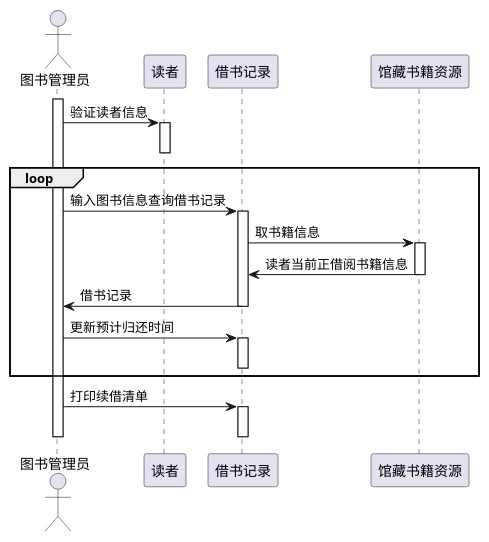
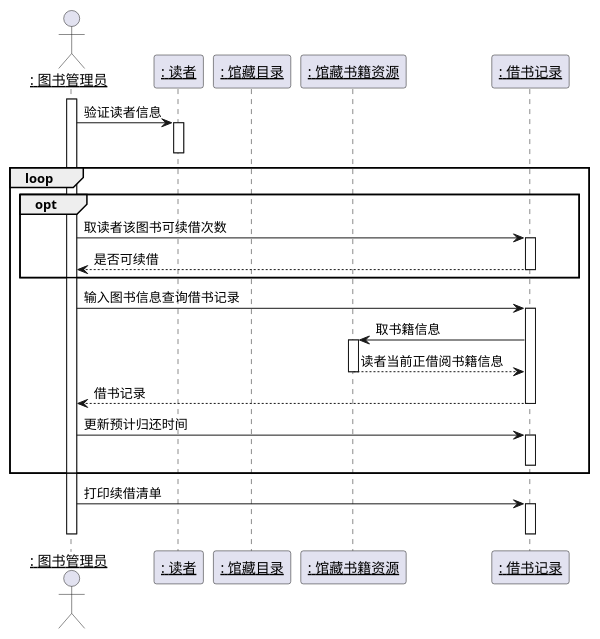
Before and after one commit to 915936476/is_analysis-3: the diagram in test4/续借图书.puml, drawn with PlantUML. The commit also changed 14 other files, not shown here.

```diff
--- a/test4/续借图书.puml
+++ b/test4/续借图书.puml
@@ -1,24 +1,35 @@
 @startuml
-actor 图书管理员
+actor ": 图书管理员" as 图书管理员
+participant ": 读者" as 读者
+participant ": 馆藏目录" as 馆藏目录
+participant ": 馆藏书籍资源" as 馆藏书籍资源
+participant ": 借书记录" as 借书记录
+skinparam sequenceParticipant underline
 activate 图书管理员
 图书管理员->读者:验证读者信息
 activate 读者
 deactivate 读者
 loop
+opt
+图书管理员->借书记录:取读者该图书可续借次数
+activate 借书记录
+借书记录-->图书管理员:是否可续借
+deactivate 借书记录
+end
 图书管理员->借书记录:输入图书信息查询借书记录
 activate 借书记录
 借书记录->馆藏书籍资源:取书籍信息
 activate 馆藏书籍资源
-馆藏书籍资源->借书记录:读者当前正借阅书籍信息
+馆藏书籍资源-->借书记录:读者当前正借阅书籍信息
 deactivate 馆藏书籍资源
-借书记录->图书管理员:借书记录
+借书记录-->图书管理员:借书记录
 deactivate 借书记录
 图书管理员->借书记录:更新预计归还时间
 activate 借书记录
 deactivate 借书记录
 end
 图书管理员->借书记录:打印续借清单
 activate 借书记录
 deactivate 借书记录
 deactivate 图书管理员
 @enduml
```
